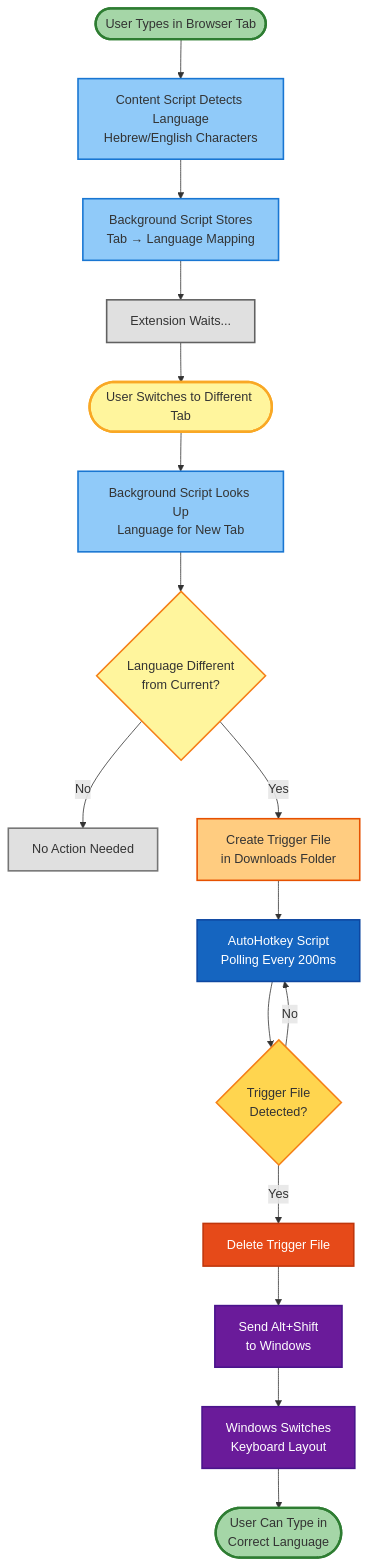
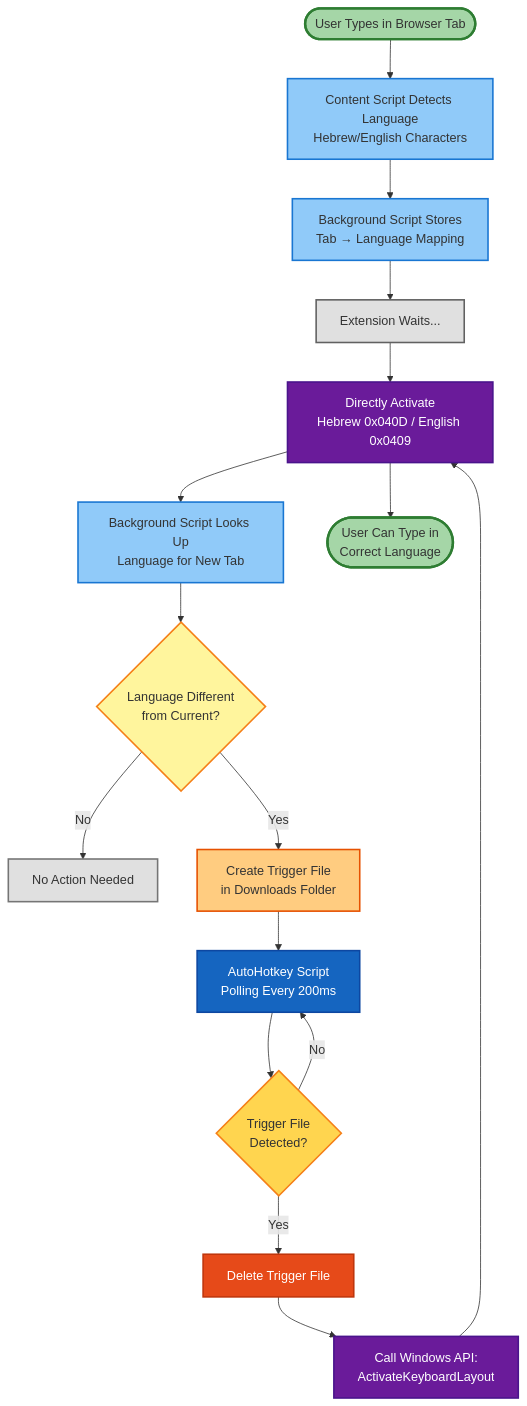
One commit to ysetbon/AutoLang changed the diagram in workflow.md. Above: the diagram before and after it, drawn with Mermaid. The commit also changed other lines of this file and 2 other files, not shown here.

````diff
--- a/workflow.md
+++ b/workflow.md
@@ -3,39 +3,39 @@
 ```mermaid
 flowchart TD
     Start([User Types in Browser Tab]) --> Detect[Content Script Detects Language<br/>Hebrew/English Characters]
     Detect --> Store[Background Script Stores<br/>Tab → Language Mapping]
     Store --> Wait[Extension Waits...]
     
     Wait --> Switch([User Switches to Different Tab])
     Switch --> Lookup[Background Script Looks Up<br/>Language for New Tab]
     Lookup --> Check{Language Different<br/>from Current?}
     
     Check -->|No| NoAction[No Action Needed]
     Check -->|Yes| Download[Create Trigger File<br/>in Downloads Folder]
     
     Download --> Poll[AutoHotkey Script<br/>Polling Every 200ms]
     Poll --> Found{Trigger File<br/>Detected?}
     
     Found -->|Yes| Delete[Delete Trigger File]
-    Delete --> Send[Send Alt+Shift<br/>to Windows]
-    Send --> OS[Windows Switches<br/>Keyboard Layout]
-    OS --> Done([User Can Type in<br/>Correct Language])
+    Delete --> API[Call Windows API:<br/>ActivateKeyboardLayout]
+    API --> Switch[Directly Activate<br/>Hebrew 0x040D / English 0x0409]
+    Switch --> Done([User Can Type in<br/>Correct Language])
     
     Found -->|No| Poll
     
     style Start fill:#a5d6a7,stroke:#2e7d32,stroke-width:3px
     style Done fill:#a5d6a7,stroke:#2e7d32,stroke-width:3px
     style Detect fill:#90caf9,stroke:#1976d2,stroke-width:2px
     style Store fill:#90caf9,stroke:#1976d2,stroke-width:2px
     style Lookup fill:#90caf9,stroke:#1976d2,stroke-width:2px
     style Wait fill:#e0e0e0,stroke:#616161,stroke-width:2px
     style Switch fill:#fff59d,stroke:#f9a825,stroke-width:3px
     style Check fill:#fff59d,stroke:#f57f17,stroke-width:2px
     style NoAction fill:#e0e0e0,stroke:#757575,stroke-width:2px
     style Download fill:#ffcc80,stroke:#e65100,stroke-width:2px
     style Poll fill:#1565c0,stroke:#0d47a1,stroke-width:2px,color:#fff
     style Found fill:#ffd54f,stroke:#f57f17,stroke-width:2px
     style Delete fill:#e64a19,stroke:#bf360c,stroke-width:2px,color:#fff
-    style Send fill:#6a1b9a,stroke:#4a148c,stroke-width:2px,color:#fff
-    style OS fill:#6a1b9a,stroke:#4a148c,stroke-width:2px,color:#fff
+    style API fill:#6a1b9a,stroke:#4a148c,stroke-width:2px,color:#fff
+    style Switch fill:#6a1b9a,stroke:#4a148c,stroke-width:2px,color:#fff
 ```
````
